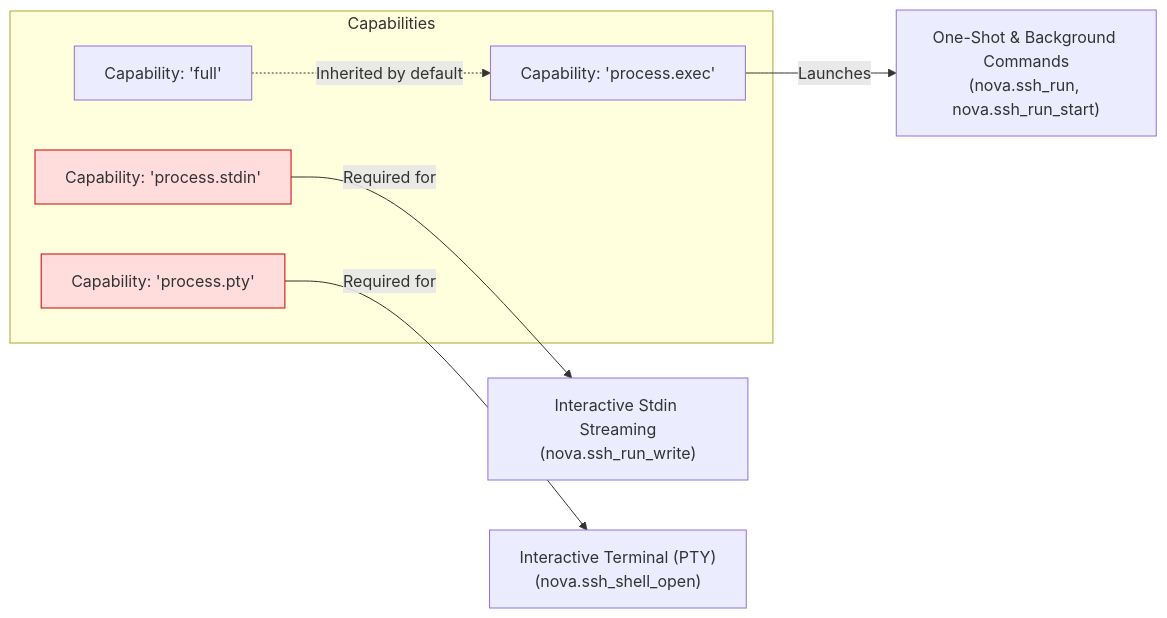
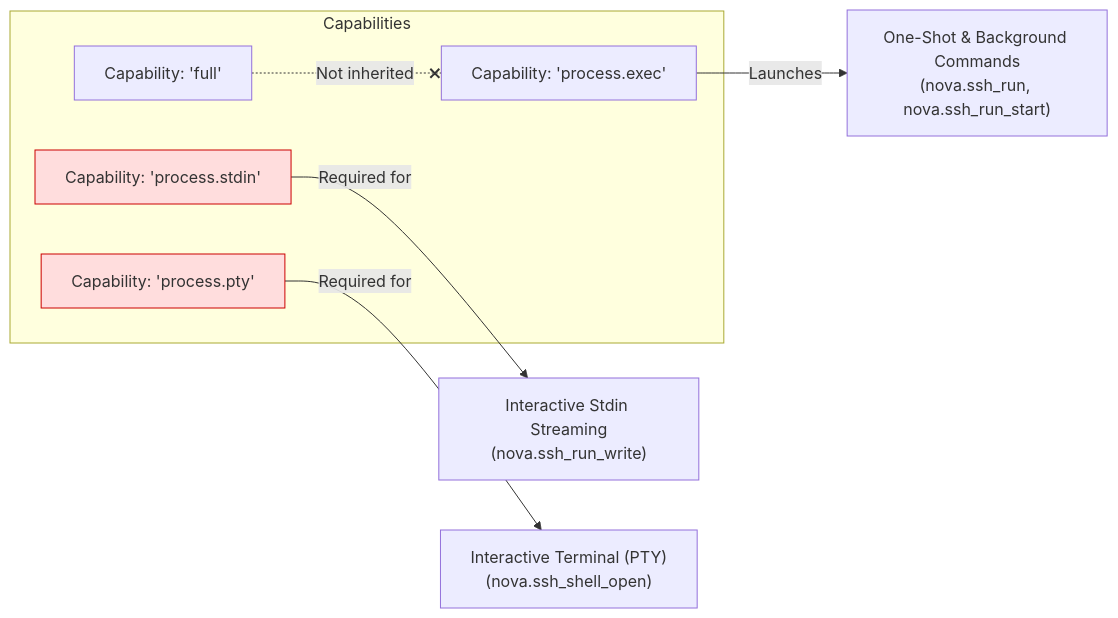
The second of 6 diagrams in docs/core-features/connectors/ssh/README.md (joelaniol/nova), drawn with Mermaid before and after one commit. The commit also changed other lines of this file and 22 other files, not shown here.

````diff
--- a/docs/core-features/connectors/ssh/README.md
+++ b/docs/core-features/connectors/ssh/README.md
@@ -52,17 +52,17 @@
 ```mermaid
 graph LR
     subgraph Capabilities
         FullCap["Capability: 'full'"]
         ProcessExec["Capability: 'process.exec'"]
         ProcessStdin["Capability: 'process.stdin'"]
         ProcessPty["Capability: 'process.pty'"]
     end
 
-    FullCap -.->|Inherited by default| ProcessExec
+    FullCap -.-x|Not inherited| ProcessExec
     ProcessExec -->|Launches| RunCmd["One-Shot & Background Commands\n(nova.ssh_run, nova.ssh_run_start)"]
     ProcessStdin -->|Required for| StdinWrite["Interactive Stdin Streaming\n(nova.ssh_run_write)"]
     ProcessPty -->|Required for| Terminal["Interactive Terminal (PTY)\n(nova.ssh_shell_open)"]
 
     style ProcessStdin fill:#ffdddd,stroke:#cc0000
     style ProcessPty fill:#ffdddd,stroke:#cc0000
 ```
````
